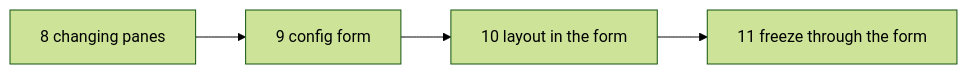
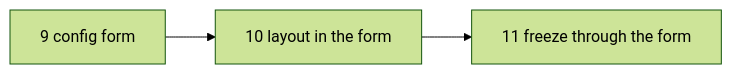
One commit to medilies/weaver changed the diagram in docs/backlog.md. Above: the diagram before and after it, drawn with Mermaid (forest theme). The commit also changed other lines of this file and 6 other files, not shown here.

````diff
--- a/docs/backlog.md
+++ b/docs/backlog.md
@@ -41,5 +40,4 @@
 ```mermaid
 flowchart LR
-    T8[8 changing panes] --> T9[9 config form]
-    T9 --> T10[10 layout in the form] --> T11[11 freeze through the form]
+    T9[9 config form] --> T10[10 layout in the form] --> T11[11 freeze through the form]
 ```
````
